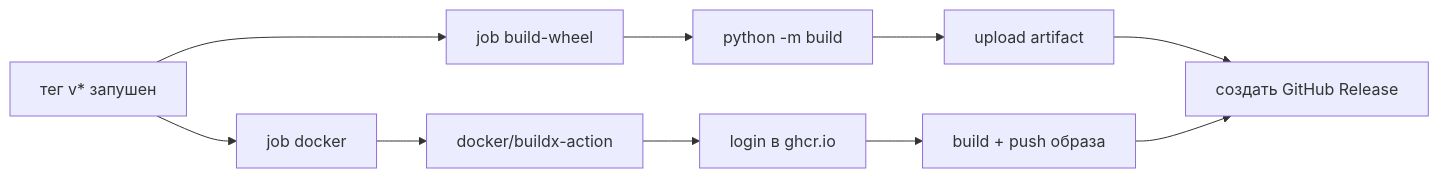
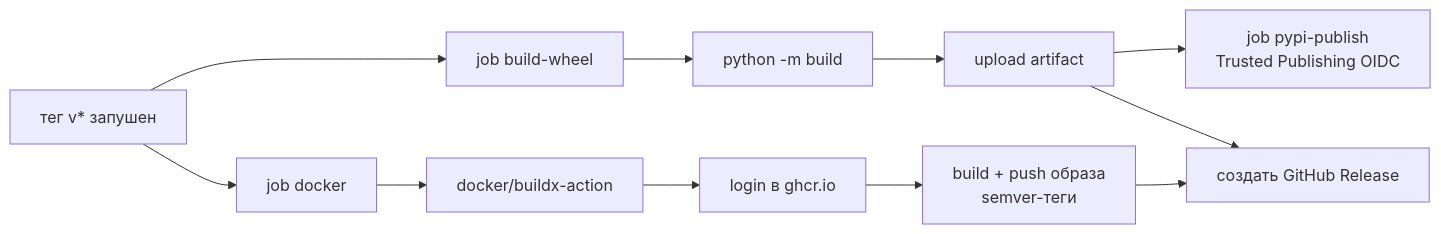
The second of 2 diagrams in docs/deployment.ru.md (Korrnals/jira-tempo-mcp), drawn with Mermaid before and after one commit. The commit also changed other lines of this file and 4 other files, not shown here.

First line of the commit message:
feat(ci): add PyPI publish + semver docker tags + quick start one-liner

````diff
--- a/docs/deployment.ru.md
+++ b/docs/deployment.ru.md
@@ -116,12 +120,13 @@
 ```mermaid
 flowchart LR
     A[тег v* запушен] --> B[job build-wheel]
-    A --> C[job docker]
     B --> D[python -m build]
     D --> E[upload artifact]
+    E --> J[job pypi-publish<br/>Trusted Publishing OIDC]
+    A --> C[job docker]
     C --> F[docker/buildx-action]
     F --> G[login в ghcr.io]
-    G --> H[build + push образа]
+    G --> H[build + push образа<br/>semver-теги]
     E --> I[создать GitHub Release]
     H --> I
 ```
````
